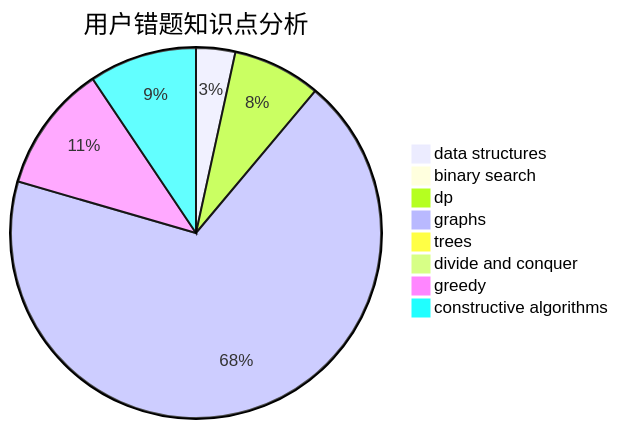
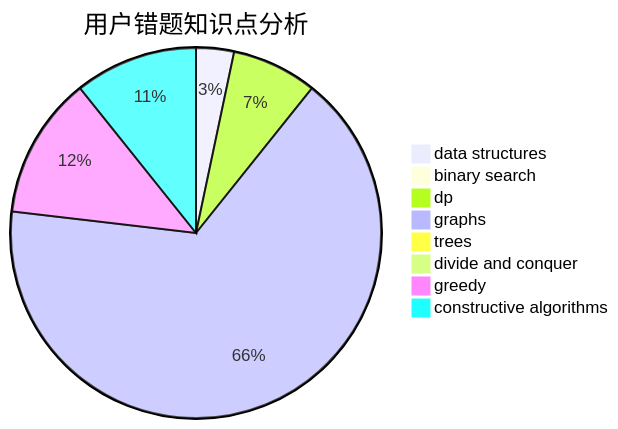
The third of 3 diagrams in docs/user/u407.md (sherpahu/cfrs.github.io), drawn with Mermaid before and after one commit. The commit also changed other lines of this file and 2770 other files, not shown here.

````diff
--- a/docs/user/u407.md
+++ b/docs/user/u407.md
@@ -36,11 +36,11 @@
 ```mermaid
 pie title 用户错题知识点分析
     "data structures" :  4
     "binary search" :  0
     "dp" :  9
     "graphs" :  80
     "trees" :  0
     "divide and conquer" :  0
-    "greedy" :  13
-    "constructive algorithms" :  11
+    "greedy" :  15
+    "constructive algorithms" :  13
 ```
````
